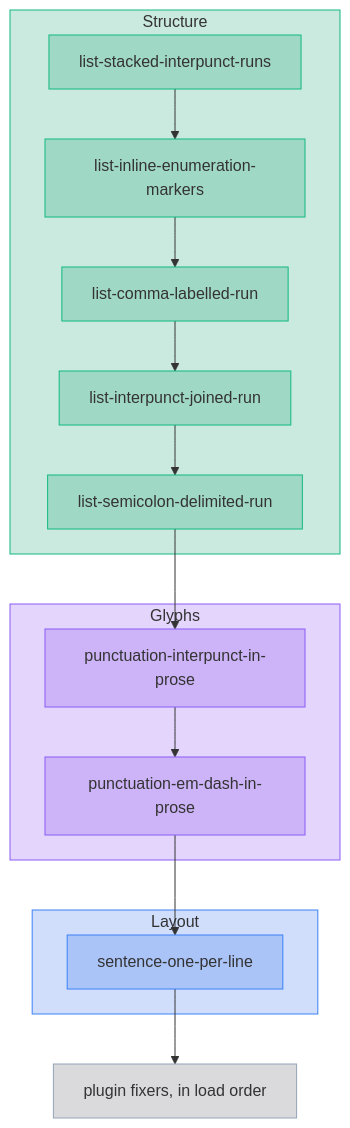
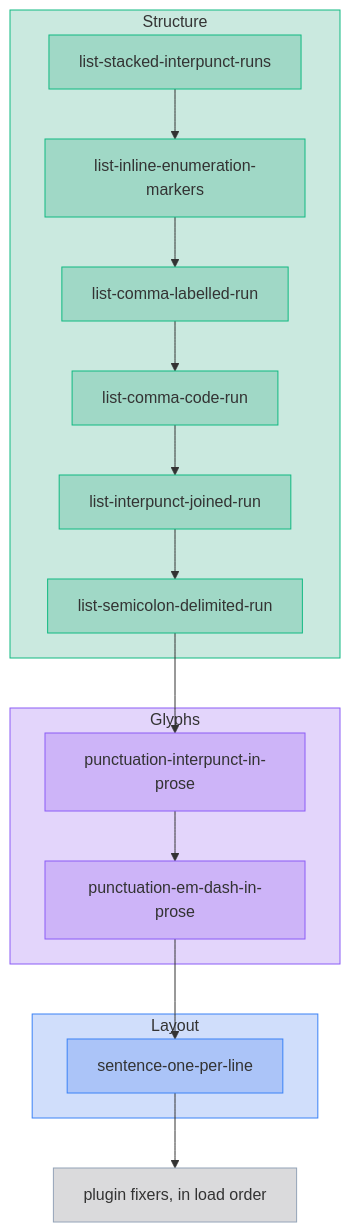
Before and after one commit to jpeakai/jpai-prose-gates: diagram 16 of 20 in docs/DATA_MODEL.md, drawn with Mermaid. The commit also changed other lines of this file and 25 other files, not shown here.

First line of the commit message:
feat: list-comma-code-run promotes a comma run of code spans

````diff
--- a/docs/DATA_MODEL.md
+++ b/docs/DATA_MODEL.md
@@ -589,26 +594,26 @@
 ```mermaid
 flowchart TB
     subgraph structure["Structure"]
-        P9["list-stacked-interpunct-runs"]:::list --> P7["list-inline-enumeration-markers"]:::list --> P8["list-comma-labelled-run"]:::list --> P6["list-interpunct-joined-run"]:::list --> P3["list-semicolon-delimited-run"]:::list
+        P9["list-stacked-interpunct-runs"]:::list --> P7["list-inline-enumeration-markers"]:::list --> P8["list-comma-labelled-run"]:::list --> P10["list-comma-code-run"]:::list --> P6["list-interpunct-joined-run"]:::list --> P3["list-semicolon-delimited-run"]:::list
     end
     subgraph glyphs["Glyphs"]
         P5["punctuation-interpunct-in-prose"]:::punc --> P4["punctuation-em-dash-in-prose"]:::punc
     end
     subgraph layout["Layout"]
         P1["sentence-one-per-line"]:::sent
     end
     PLG["plugin fixers, in load order"]:::ext
 
     P3 --> P5
     P4 --> P1
     P1 --> PLG
 
     classDef list fill:#05966936,stroke:#10b981
     classDef punc fill:#7c3aed36,stroke:#8b5cf6
     classDef sent fill:#2563eb36,stroke:#3b82f6
     classDef ext  fill:#52525b36,stroke:#94a3b8
 
     style structure fill:#05966936,stroke:#10b981
     style glyphs fill:#7c3aed36,stroke:#8b5cf6
     style layout fill:#2563eb36,stroke:#3b82f6
 ```
````
